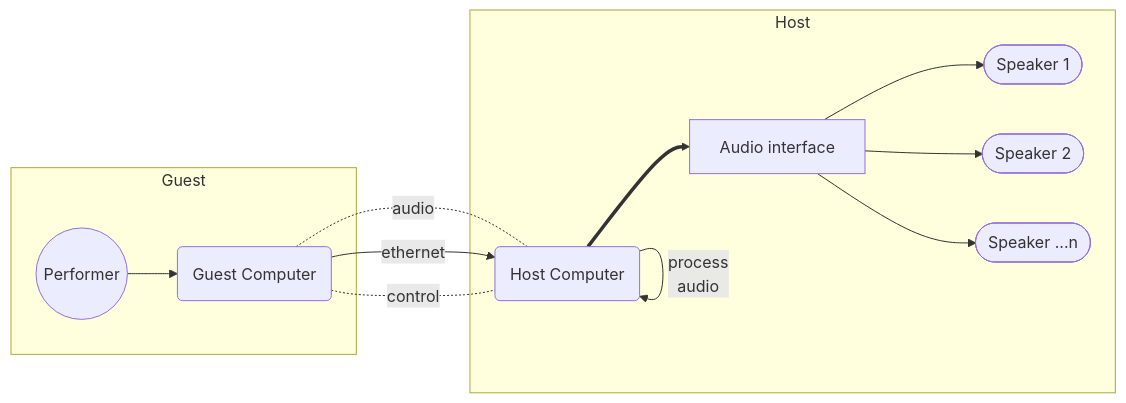
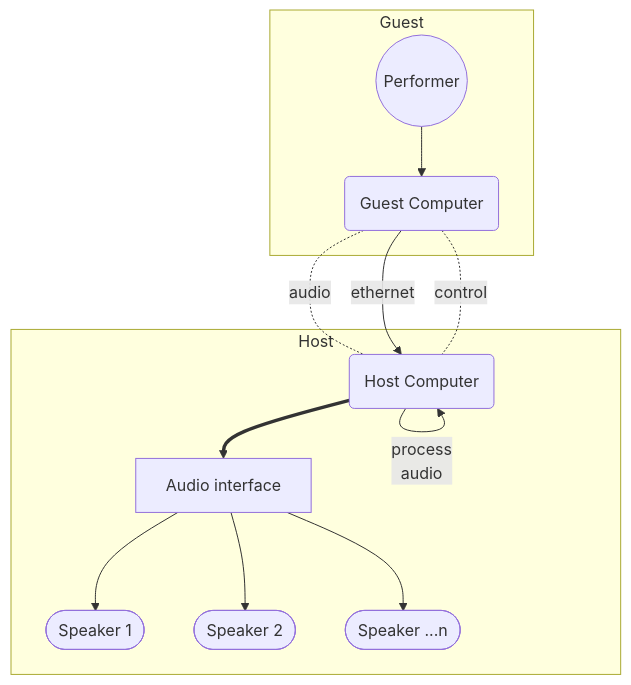
The diagram in src/content/projects/cylo.md (oxgirl2000/oxgirl2000.github.io), drawn with Mermaid before and after one commit. The commit also changed other lines of this file and 19 other files, not shown here.

````diff
--- a/src/content/projects/cylo.md
+++ b/src/content/projects/cylo.md
@@ -27,28 +49,28 @@
 ```mermaid
-flowchart LR
+flowchart TD
 
 P((Performer))
 PC(Guest Computer)
 H(Host Computer)
 I[Audio interface]
 S1([Speaker 1])
 S2([Speaker 2])
 Sn([Speaker ...n])
 
 subgraph Guest
 	P --> PC
 end
 
 PC -.-|audio| H
 PC -->|ethernet| H
 PC -.-|control| H
 
 subgraph Host
 	H -->|"process<br>audio"| H
 	H ==> I
 	I --> S1
 	I --> S2
 	I --> Sn
 end
 
 ```
````
